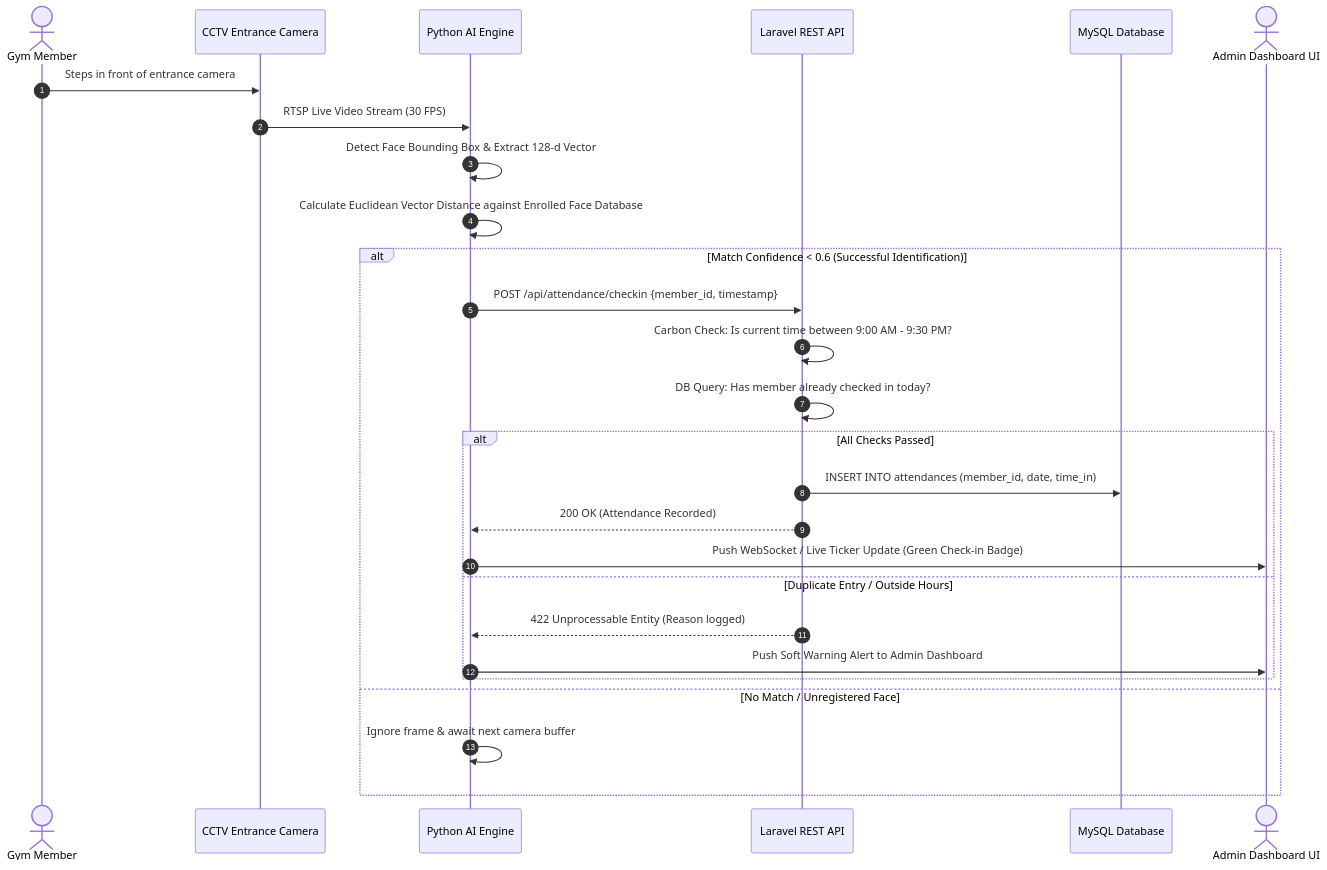
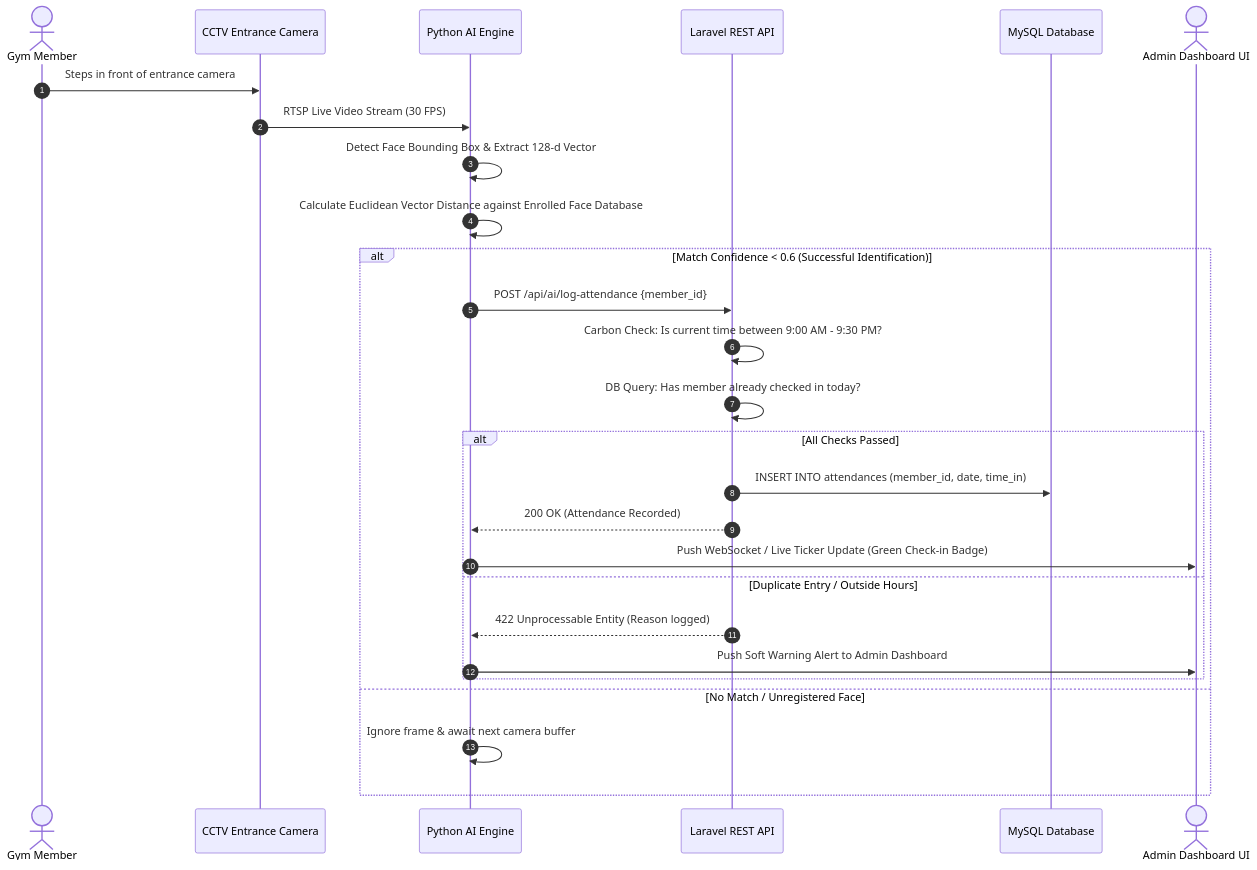
One commit to Plonteras191/GYM2-CAPSTONE changed the sixth of 7 diagrams in DOCUMENTATION/Product Requirements Documents/System diagrams/System Diagrams.md. Above: the diagram before and after it, drawn with Mermaid. The commit also changed other lines of this file and 10 other files, not shown here.

First line of the commit message:
Update outdated diagrams in the documentation to match the system

````diff
--- a/DOCUMENTATION/Product Requirements Documents/System diagrams/System Diagrams.md
+++ b/DOCUMENTATION/Product Requirements Documents/System diagrams/System Diagrams.md
@@ -297,32 +326,32 @@
 ```mermaid
 sequenceDiagram
     autonumber
     actor Member as Gym Member
     participant Cam as CCTV Entrance Camera
     participant PyAI as Python AI Engine
     participant LV as Laravel REST API
     participant DB as MySQL Database
     actor Admin as Admin Dashboard UI
 
     Member->>Cam: Steps in front of entrance camera
     Cam->>PyAI: RTSP Live Video Stream (30 FPS)
     PyAI->>PyAI: Detect Face Bounding Box & Extract 128-d Vector
     PyAI->>PyAI: Calculate Euclidean Vector Distance against Enrolled Face Database
     
     alt Match Confidence < 0.6 (Successful Identification)
-        PyAI->>LV: POST /api/attendance/checkin {member_id, timestamp}
+        PyAI->>LV: POST /api/ai/log-attendance {member_id}
         LV->>LV: Carbon Check: Is current time between 9:00 AM - 9:30 PM?
         LV->>LV: DB Query: Has member already checked in today?
         
         alt All Checks Passed
             LV->>DB: INSERT INTO attendances (member_id, date, time_in)
             LV-->>PyAI: 200 OK (Attendance Recorded)
             PyAI->>Admin: Push WebSocket / Live Ticker Update (Green Check-in Badge)
         else Duplicate Entry / Outside Hours
             LV-->>PyAI: 422 Unprocessable Entity (Reason logged)
             PyAI->>Admin: Push Soft Warning Alert to Admin Dashboard
         end
     else No Match / Unregistered Face
         PyAI->>PyAI: Ignore frame & await next camera buffer
     end
 ```
````
